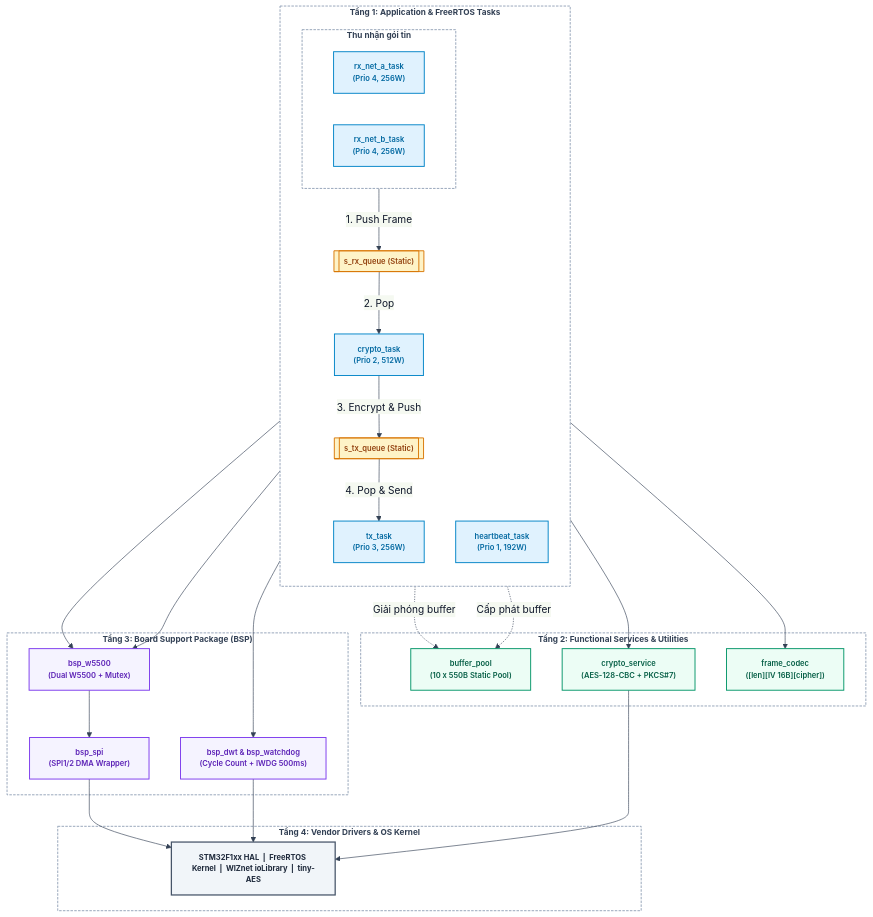
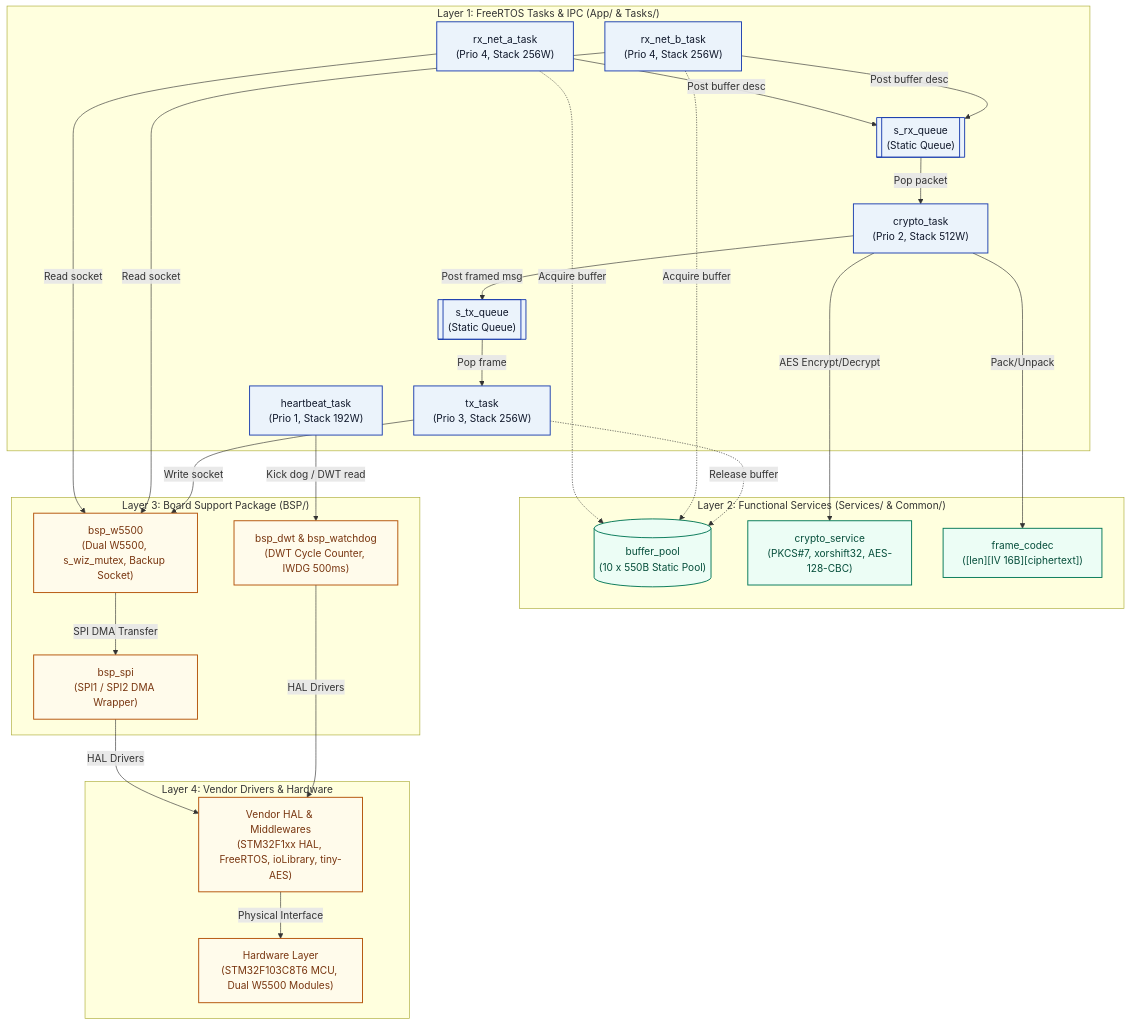
Before and after one commit to Draconic211/Secure_Gateway_AES128_STM32: the second of 2 diagrams in README.md, drawn with Mermaid. The commit also changed other lines of this file, not shown here.

````diff
--- a/README.md
+++ b/README.md
@@ -64,64 +58,56 @@
 ```mermaid
-%%{init: {'theme': 'base', 'themeVariables': { 'primaryColor': '#F1F5F9', 'primaryBorderColor': '#64748B', 'primaryTextColor': '#0F172A', 'lineColor': '#334155', 'tertiaryColor': '#FFFFFF'}}}%%
 flowchart TB
-    classDef taskNode fill:#E0F2FE,stroke:#0284C7,stroke-width:1.5px,color:#0369A1,font-weight:600,font-size:12px;
-    classDef queueNode fill:#FEF3C7,stroke:#D97706,stroke-width:1.5px,color:#92400E,font-weight:600,font-size:12px;
-    classDef srvNode fill:#ECFDF5,stroke:#059669,stroke-width:1.5px,color:#065F46,font-weight:600,font-size:12px;
-    classDef bspNode fill:#F5F3FF,stroke:#7C3AED,stroke-width:1.5px,color:#5B21B6,font-weight:600,font-size:12px;
-    classDef halNode fill:#F1F5F9,stroke:#475569,stroke-width:2px,color:#1E293B,font-weight:bold,font-size:12px;
-    classDef groupTitle fill:#FFFFFF,stroke:#94A3B8,stroke-width:1.5px,stroke-dasharray: 4 2,color:#334155,font-weight:bold,font-size:13px;
+    classDef taskClass    fill:#EBF3FB,stroke:#1E40AF,stroke-width:1.5px,color:#0F172A;
+    classDef serviceClass fill:#ECFDF5,stroke:#047857,stroke-width:1.5px,color:#064E3B;
+    classDef bspClass     fill:#FFFBEB,stroke:#B45309,stroke-width:1.5px,color:#78350F;
 
-    subgraph L1["Tầng 1: Application & FreeRTOS Tasks"]
-        direction TB
-        subgraph INGRESS["Thu nhận gói tin"]
-            RXA["rx_net_a_task<br/>(Prio 4, 256W)"]
-            RXB["rx_net_b_task<br/>(Prio 4, 256W)"]
-        end
-        Q_RX[["s_rx_queue (Static)"]]
-        CRYPTO["crypto_task<br/>(Prio 2, 512W)"]
-        Q_TX[["s_tx_queue (Static)"]]
-        TX["tx_task<br/>(Prio 3, 256W)"]
-        HB["heartbeat_task<br/>(Prio 1, 192W)"]
+    subgraph L1["Layer 1: FreeRTOS Tasks & IPC (App/ & Tasks/)"]
+        RXA["rx_net_a_task<br/>(Prio 4, Stack 256W)"]
+        RXB["rx_net_b_task<br/>(Prio 4, Stack 256W)"]
+        QRX[["s_rx_queue<br/>(Static Queue)"]]
+        CRYPTO["crypto_task<br/>(Prio 2, Stack 512W)"]
+        QTX[["s_tx_queue<br/>(Static Queue)"]]
+        TX["tx_task<br/>(Prio 3, Stack 256W)"]
+        HB["heartbeat_task<br/>(Prio 1, Stack 192W)"]
     end
 
-    subgraph L2["Tầng 2: Functional Services & Utilities"]
-        POOL["buffer_pool<br/>(10 x 550B Static Pool)"]
-        CS["crypto_service<br/>(AES-128-CBC + PKCS#7)"]
-        CODEC["frame_codec<br/>([len][IV 16B][cipher])"]
+    subgraph L2["Layer 2: Functional Services (Services/ & Common/)"]
+        POOL[("buffer_pool<br/>(10 x 550B Static Pool)")]
+        CS["crypto_service<br/>(PKCS#7, xorshift32, AES-128-CBC)"]
+        CODEC["frame_codec<br/>([len][IV 16B][ciphertext])"]
     end
 
-    subgraph L3["Tầng 3: Board Support Package (BSP)"]
-        WIZ["bsp_w5500<br/>(Dual W5500 + Mutex)"]
-        SPI["bsp_spi<br/>(SPI1/2 DMA Wrapper)"]
-        DIAG["bsp_dwt & bsp_watchdog<br/>(Cycle Count + IWDG 500ms)"]
+    subgraph L3["Layer 3: Board Support Package (BSP/)"]
+        WIZ["bsp_w5500<br/>(Dual W5500, s_wiz_mutex, Backup Socket)"]
+        SPI["bsp_spi<br/>(SPI1 / SPI2 DMA Wrapper)"]
+        DIAG["bsp_dwt & bsp_watchdog<br/>(DWT Cycle Counter, IWDG 500ms)"]
     end
 
-    subgraph L4["Tầng 4: Vendor Drivers & OS Kernel"]
-        HAL["STM32F1xx HAL  |  FreeRTOS Kernel  |  WIZnet ioLibrary  |  tiny-AES"]
+    subgraph L4["Layer 4: Vendor Drivers & Hardware"]
+        HAL["Vendor HAL & Middlewares<br/>(STM32F1xx HAL, FreeRTOS, ioLibrary, tiny-AES)"]
+        HW["Hardware Layer<br/>(STM32F103C8T6 MCU, Dual W5500 Modules)"]
     end
 
-    %% Luồng xử lý dữ liệu chính (Main Pipeline)
-    INGRESS -->|"1. Push Frame"| Q_RX
-    Q_RX -->|"2. Pop"| CRYPTO
-    CRYPTO -->|"3. Encrypt & Push"| Q_TX
-    Q_TX -->|"4. Pop & Send"| TX
+    RXA & RXB -->|"Post buffer desc"| QRX
+    QRX -->|"Pop packet"| CRYPTO
+    CRYPTO -->|"Post framed msg"| QTX
+    QTX -->|"Pop frame"| TX
 
-    %% Gọi tầng Services
-    CRYPTO --> CS
-    CRYPTO --> CODEC
-    INGRESS -.->|"Cấp phát buffer"| POOL
-    TX -.->|"Giải phóng buffer"| POOL
+    RXA & RXB -.->|"Acquire buffer"| POOL
+    TX -.->|"Release buffer"| POOL
 
-    %% Giao tiếp ngoại vi (BSP & Hardware)
-    INGRESS & TX --> WIZ
-    HB --> DIAG
-    WIZ --> SPI
-    SPI & DIAG & CS --> HAL
+    CRYPTO -->|"AES Encrypt/Decrypt"| CS
+    CRYPTO -->|"Pack/Unpack"| CODEC
 
-    class RXA,RXB,CRYPTO,TX,HB taskNode;
-    class Q_RX,Q_TX queueNode;
-    class POOL,CS,CODEC srvNode;
-    class WIZ,SPI,DIAG bspNode;
-    class HAL halNode;
-    class L1,L2,L3,L4,INGRESS groupTitle;
+    RXA & RXB -->|"Read socket"| WIZ
+    TX -->|"Write socket"| WIZ
+    HB -->|"Kick dog / DWT read"| DIAG
+
+    WIZ -->|"SPI DMA Transfer"| SPI
+    SPI & DIAG -->|"HAL Drivers"| HAL
+    HAL -->|"Physical Interface"| HW
+
+    class RXA,RXB,QRX,CRYPTO,QTX,TX,HB taskClass;
+    class POOL,CS,CODEC serviceClass;
+    class WIZ,SPI,DIAG,HAL,HW bspClass;
 ```
````
